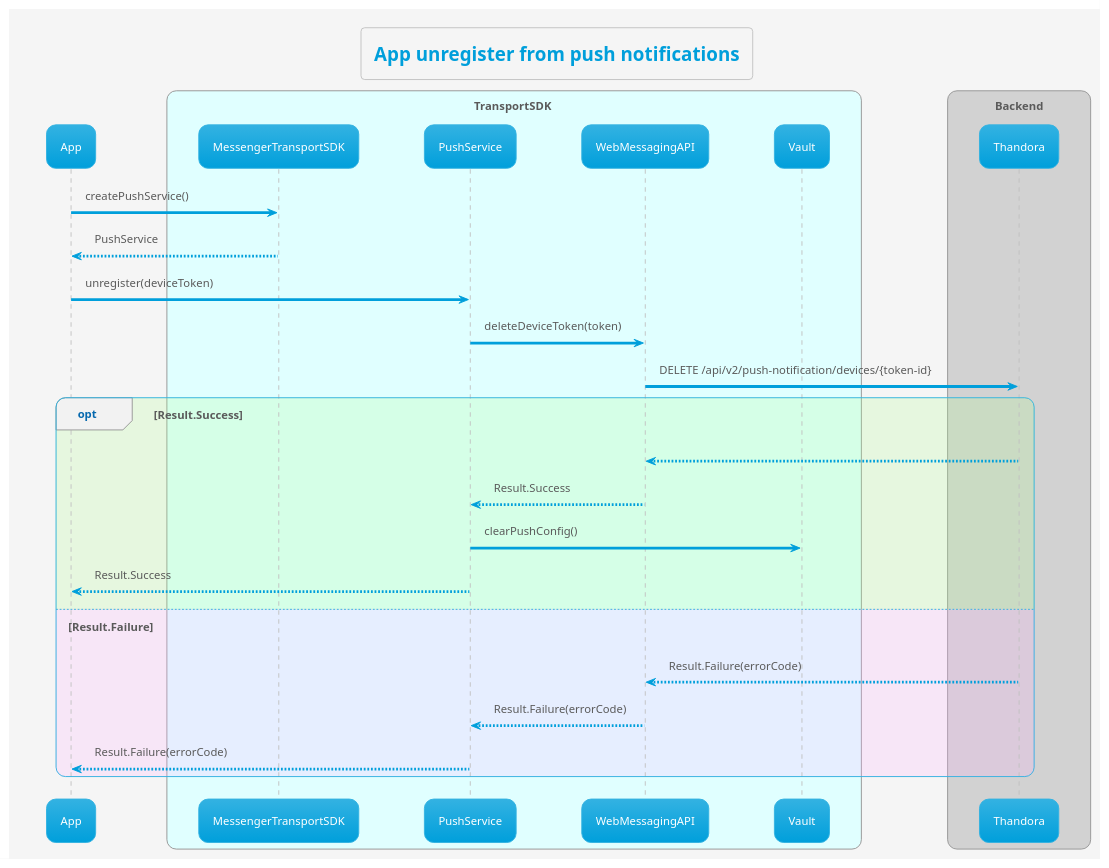
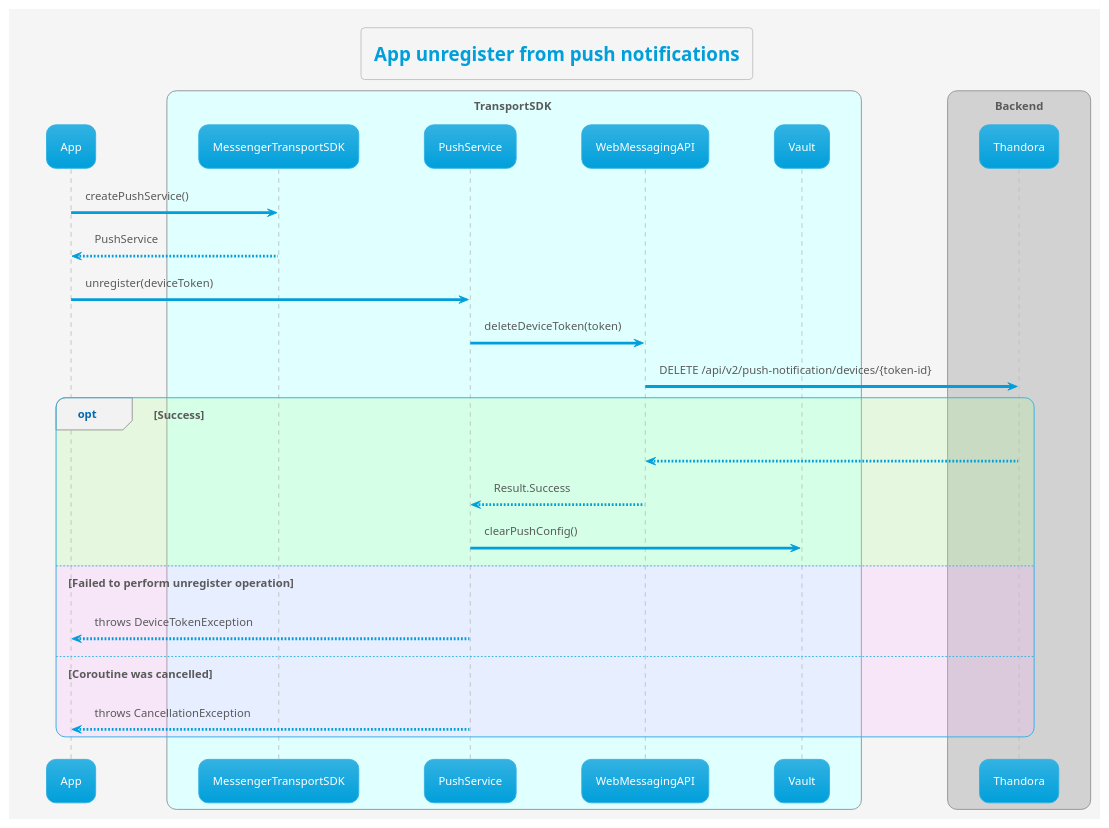
Before and after one commit to MyPureCloud/genesys-messenger-transport-mobile-sdk: the diagram in transport/uml/push/app_unregister_from_push.puml, drawn with PlantUML. The commit also changed 11 other files, not shown here.

First line of the commit message:
MTSDK-629 Update uml diagrams (#342)

```diff
--- a/transport/uml/push/app_unregister_from_push.puml
+++ b/transport/uml/push/app_unregister_from_push.puml
@@ -1,37 +1,36 @@
 @startuml
 'https://plantuml.com/sequence-diagram
 
 !theme bluegray
 !pragma teoz true
 
 
 skinparam backgroundColor #whitesmoke
 title App unregister from push notifications
 
 participant App
 box TransportSDK #lightcyan
 participant MessengerTransportSDK
 participant PushService
 participant WebMessagingAPI
 participant Vault
 end box
 box Backend
 participant Thandora
 end box
 
 	App -> MessengerTransportSDK : createPushService()
 	MessengerTransportSDK --> App : PushService
 	App -> PushService : unregister(deviceToken)
     PushService -> WebMessagingAPI : deleteDeviceToken(token)
     WebMessagingAPI -> Thandora : DELETE /api/v2/push-notification/devices/{token-id}
-    opt #aaff8833 Result.Success
+    opt #aaff8833 Success
 	    Thandora --> WebMessagingAPI
 	    WebMessagingAPI --> PushService: Result.Success
 	    PushService -> Vault : clearPushConfig()
-	    PushService --> App : Result.Success
-	    else #ffaaff33 Result.Failure
-	    Thandora --> WebMessagingAPI: Result.Failure(errorCode)
-	    WebMessagingAPI --> PushService: Result.Failure(errorCode)
-	    PushService --> App: Result.Failure(errorCode)
+	    else #ffaaff33 Failed to perform unregister operation
+        PushService --> App : throws DeviceTokenException
+        else #ffaaff33 Coroutine was cancelled
+        PushService --> App : throws CancellationException
 	    end
 @enduml
```
